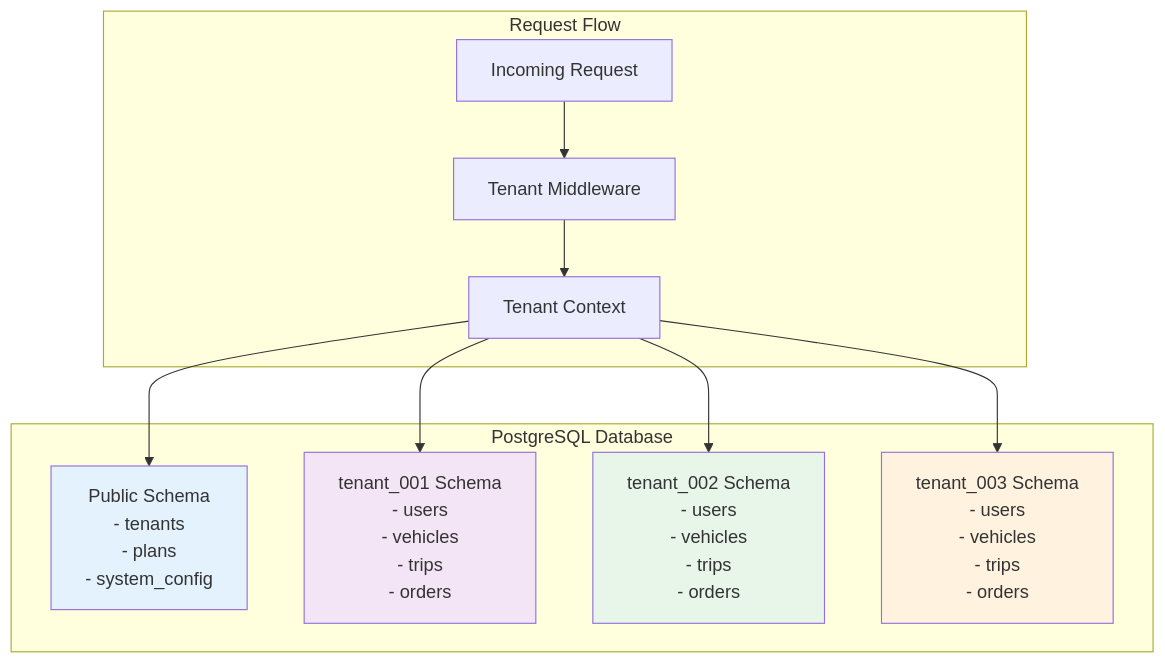
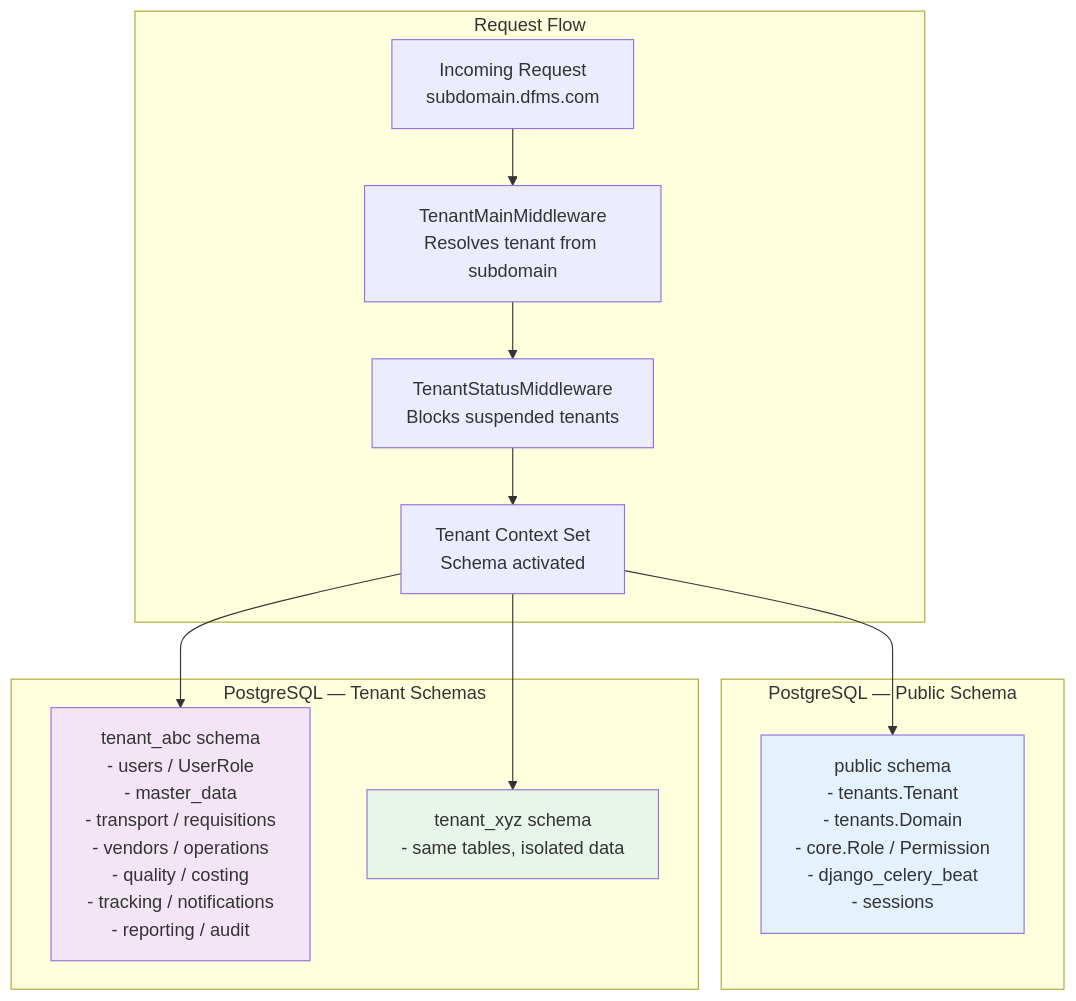
The second of 9 diagrams in 04-architecture/04-backend/diagrams/architecture-overview.md (sbu-europe/dfms-naming-campaign), drawn with Mermaid before and after one commit. The commit also changed other lines of this file and 5 other files, not shown here.

First line of the commit message:
docs(architecture): update diagrams and overview to reflect Phase 1 implementation

````diff
--- a/04-architecture/04-backend/diagrams/architecture-overview.md
+++ b/04-architecture/04-backend/diagrams/architecture-overview.md
@@ -84,27 +99,29 @@
 ```mermaid
 graph TB
     subgraph "Request Flow"
-        REQ[Incoming Request]
-        MW[Tenant Middleware]
-        CTX[Tenant Context]
+        REQ[Incoming Request<br/>subdomain.dfms.com]
+        MW[TenantMainMiddleware<br/>Resolves tenant from subdomain]
+        STATUS[TenantStatusMiddleware<br/>Blocks suspended tenants]
+        CTX[Tenant Context Set<br/>Schema activated]
     end
 
-    subgraph "PostgreSQL Database"
-        PUBLIC[Public Schema<br/>- tenants<br/>- plans<br/>- system_config]
-        T1[tenant_001 Schema<br/>- users<br/>- vehicles<br/>- trips<br/>- orders]
-        T2[tenant_002 Schema<br/>- users<br/>- vehicles<br/>- trips<br/>- orders]
-        T3[tenant_003 Schema<br/>- users<br/>- vehicles<br/>- trips<br/>- orders]
+    subgraph "PostgreSQL — Public Schema"
+        PUBLIC[public schema<br/>- tenants.Tenant<br/>- tenants.Domain<br/>- core.Role / Permission<br/>- django_celery_beat<br/>- sessions]
+    end
+
+    subgraph "PostgreSQL — Tenant Schemas"
+        T1[tenant_abc schema<br/>- users / UserRole<br/>- master_data<br/>- transport / requisitions<br/>- vendors / operations<br/>- quality / costing<br/>- tracking / notifications<br/>- reporting / audit]
+        T2[tenant_xyz schema<br/>- same tables, isolated data]
     end
 
     REQ --> MW
-    MW --> CTX
+    MW --> STATUS
+    STATUS --> CTX
     CTX --> PUBLIC
     CTX --> T1
     CTX --> T2
-    CTX --> T3
 
     style PUBLIC fill:#e3f2fd
     style T1 fill:#f3e5f5
     style T2 fill:#e8f5e9
-    style T3 fill:#fff3e0
 ```
````
